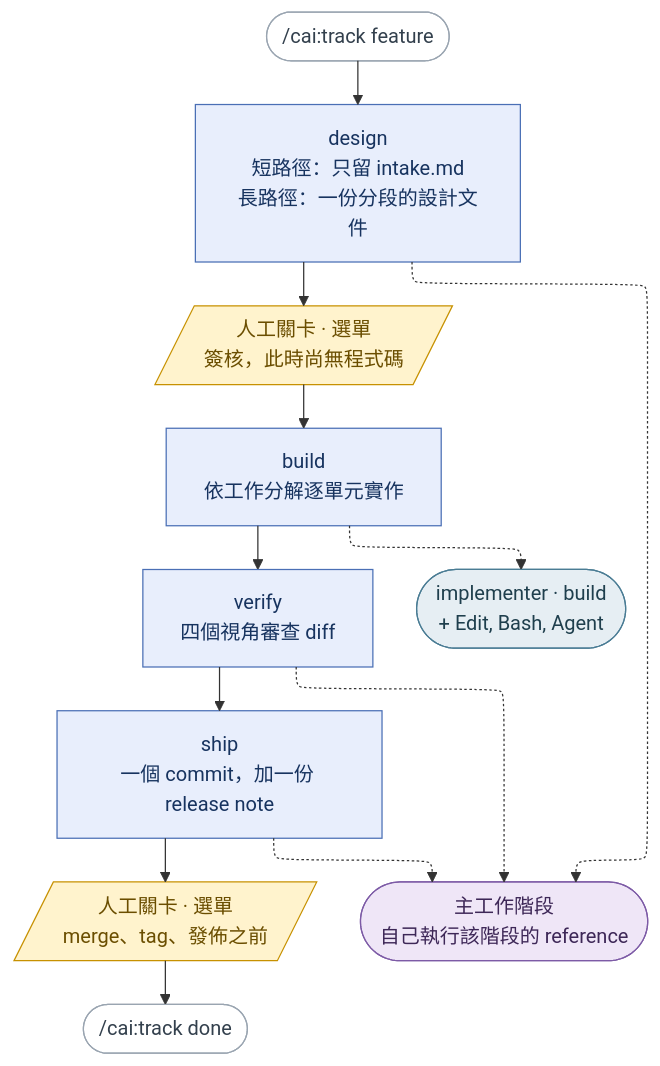
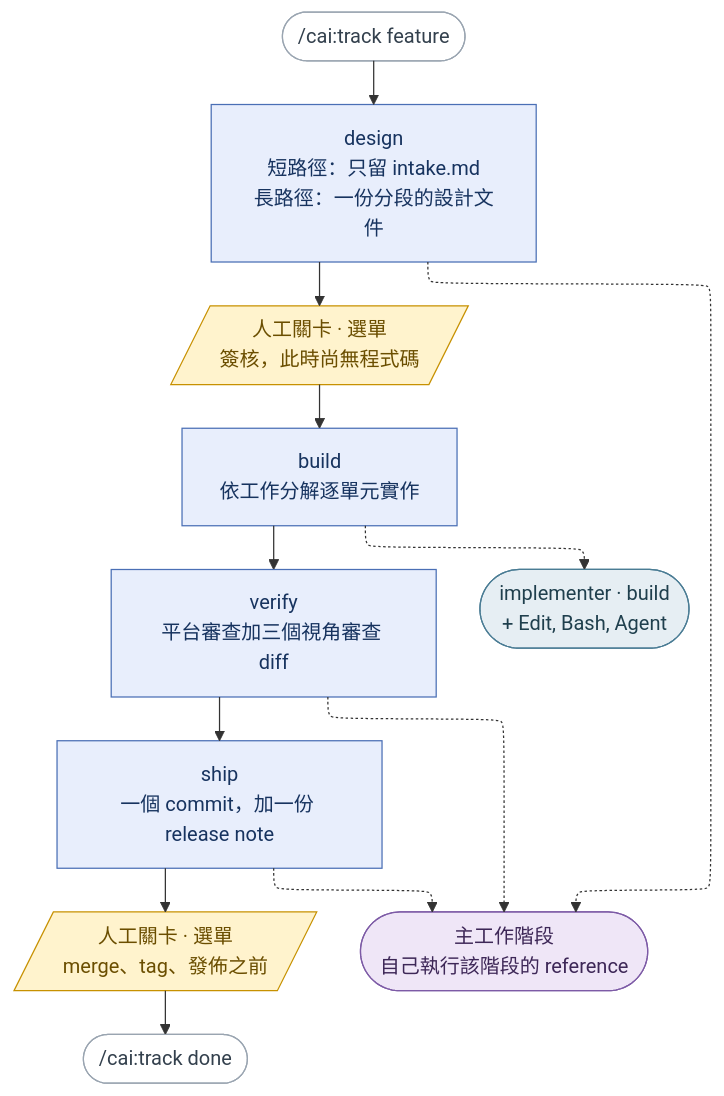
Before and after one commit to millerlai/claude-all-in-one: the diagram in README.zh-TW.md, drawn with Mermaid. The commit also changed other lines of this file and 1 other file, not shown here.

Commit message:
docs: fix stale verify description and broken table in design docs (#498)
README.zh-TW.md still said /cai:verify dispatches four read-only lenses
in parallel; correctness now comes from the platform review and only
three lenses are subagents (stage-verify.md, README.md). Update the
diagram label and the command table row to match the English README.

docs/design/architecture-v2.md: remove the blank line that split the
G1-G16 table in two, and point the usage report link at
plugins/cai/scripts/usage_report.py instead of gen-codex.py.

````diff
--- a/README.zh-TW.md
+++ b/README.zh-TW.md
@@ -20,36 +20,36 @@
 ```mermaid
 ---
 config:
   flowchart:
     defaultRenderer: "elk"
 ---
 flowchart TB
     START(["/cai:track feature"]) --> S1
 
     S1["design<br/>短路徑：只留 intake.md<br/>長路徑：一份分段的設計文件"] --> HG1
     HG1[/"人工關卡 · 選單<br/>簽核，此時尚無程式碼"/] --> S2
     S2["build<br/>依工作分解逐單元實作"] --> S3
-    S3["verify<br/>四個視角審查 diff"] --> S4
+    S3["verify<br/>平台審查加三個視角審查 diff"] --> S4
     S4["ship<br/>一個 commit，加一份 release note"] --> HG2
     HG2[/"人工關卡 · 選單<br/>merge、tag、發佈之前"/] --> DONE(["/cai:track done"])
 
     S1 -.-> MS
     S2 -.-> IM
     S3 -.-> MS
     S4 -.-> MS
 
     MS(["主工作階段<br/>自己執行該階段的 reference"])
     IM(["implementer · build<br/>+ Edit, Bash, Agent"])
 
     classDef stage fill:#e8eefc,stroke:#4a6fb5,color:#17335f
     classDef human fill:#fff3cd,stroke:#c79100,color:#6b4e00
     classDef main fill:#efe6f7,stroke:#7d5ba6,color:#3d2757
     classDef build fill:#e6eef3,stroke:#4a7c94,color:#1f3f4d
     classDef ends fill:#ffffff,stroke:#9aa5b1,color:#33404d
 
     class S1,S2,S3,S4 stage
     class HG1,HG2 human
     class MS main
     class IM build
     class START,DONE ends
 ```
````
